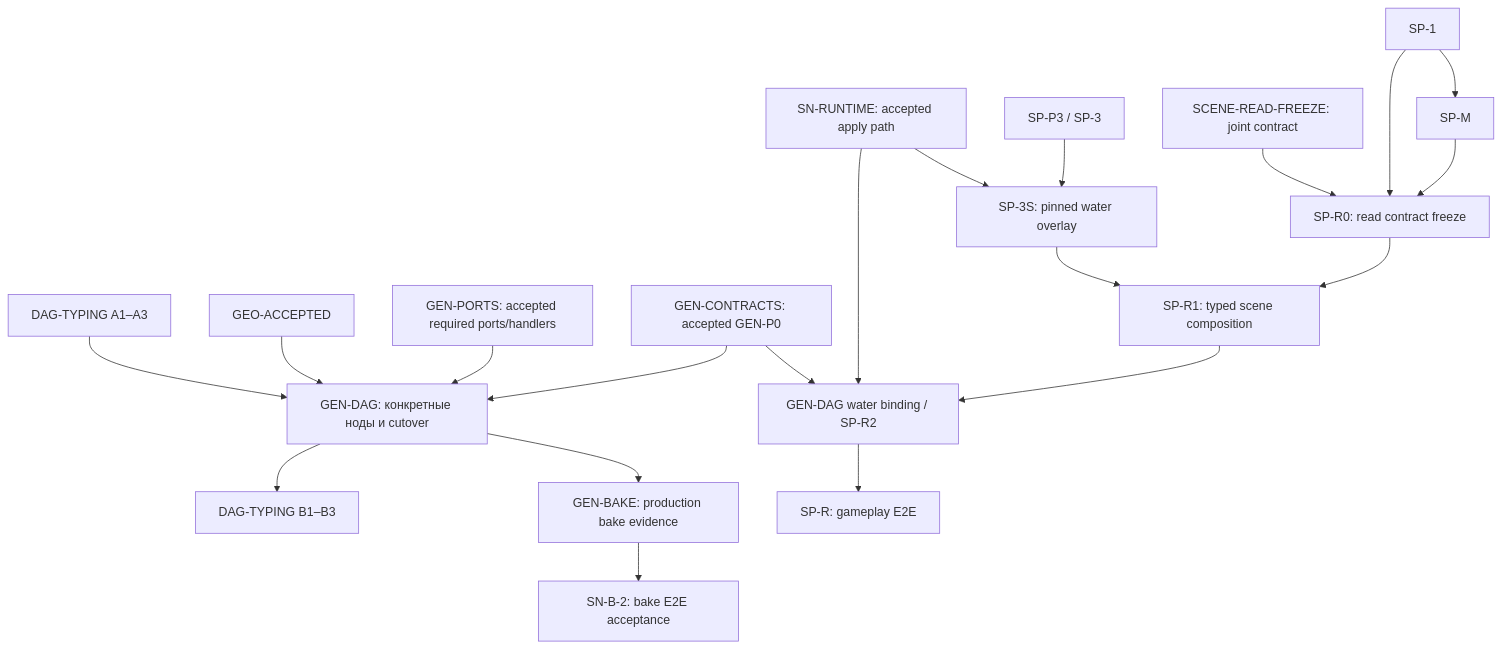
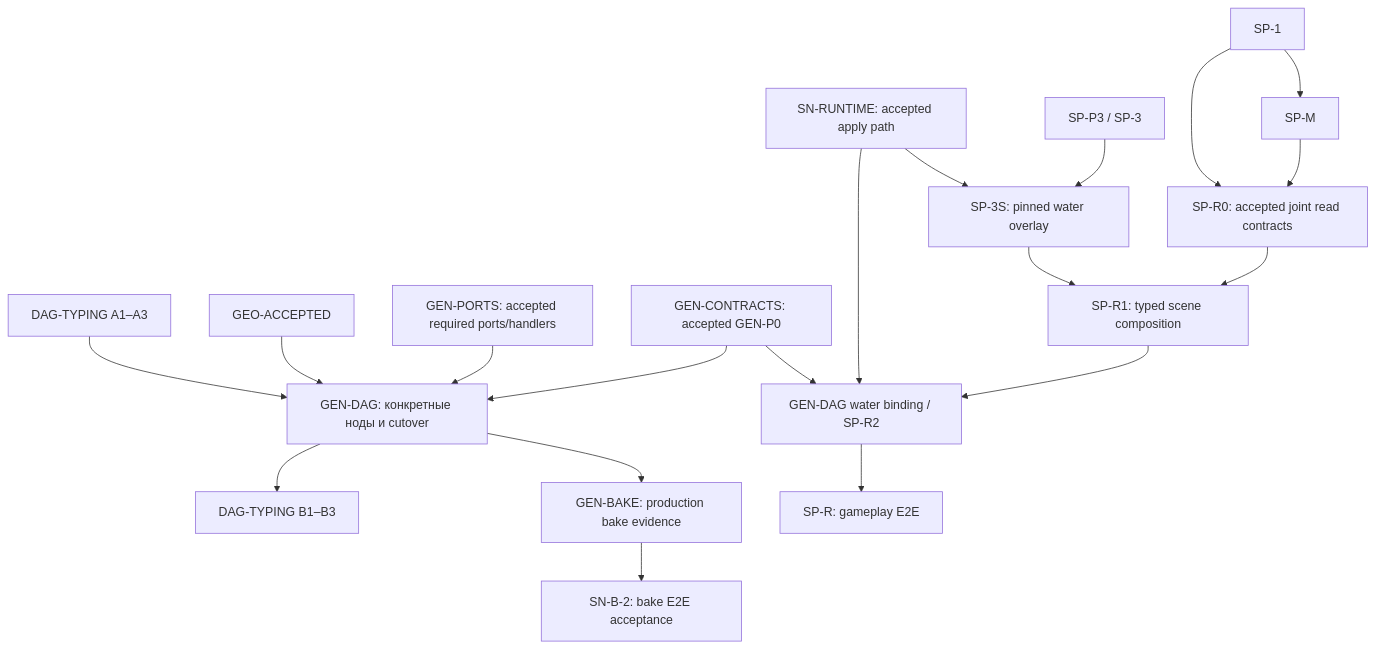
Before and after one commit to AndrewBondaren/AI-Project: the second of 2 diagrams in .cursor/plans/world-generation-plan-dependency-graph.md, drawn with Mermaid. The commit also changed other lines of this file and 9 other files, not shown here.

Commit message:
docs: update dependency graph to reflect changes in SP-R0 acceptance criteria and remove SCENE-READ-FREEZE ambiguity

````diff
--- a/.cursor/plans/world-generation-plan-dependency-graph.md
+++ b/.cursor/plans/world-generation-plan-dependency-graph.md
@@ -84,22 +84,21 @@
 ```mermaid
 flowchart TD
     A["DAG-TYPING A1–A3"] --> GEN["GEN-DAG: конкретные ноды и cutover"]
     G["GEO-ACCEPTED"] --> GEN
     GP["GEN-PORTS: accepted required ports/handlers"] --> GEN
     SN["SN-RUNTIME: accepted apply path"] --> S["SP-3S: pinned water overlay"]
     BASE["SP-P3 / SP-3"] --> S
     S --> R1["SP-R1: typed scene composition"]
-    R0["SP-R0: read contract freeze"] --> R1
+    R0["SP-R0: accepted joint read contracts"] --> R1
     GEN --> B["DAG-TYPING B1–B3"]
     GEN --> GB["GEN-BAKE: production bake evidence"]
     GB --> SB["SN-B-2: bake E2E acceptance"]
     GC["GEN-CONTRACTS: accepted GEN-P0"] --> R2["GEN-DAG water binding / SP-R2"]
     GC --> GEN
-    CF["SCENE-READ-FREEZE: joint contract"] --> R0
     SN --> R2
     S1["SP-1"] --> M["SP-M"]
     S1 --> R0
     M --> R0
     R1 --> R2
     R2 --> E["SP-R: gameplay E2E"]
 ```
````
